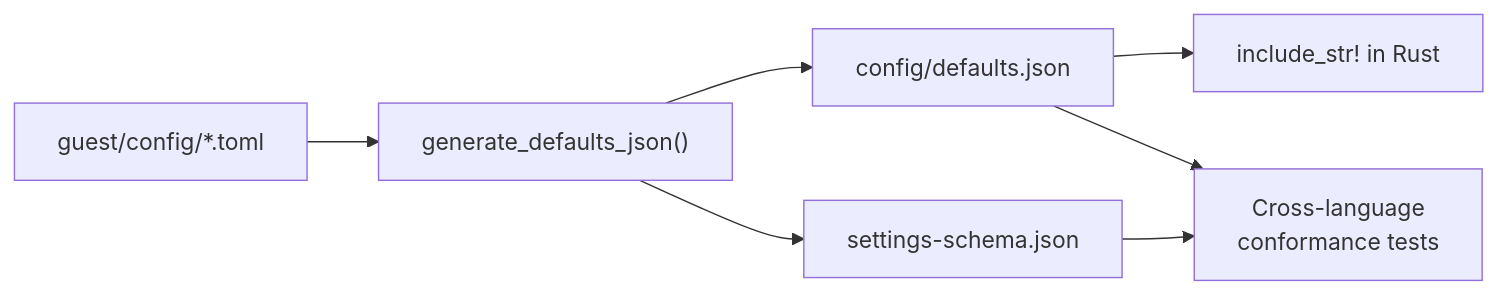
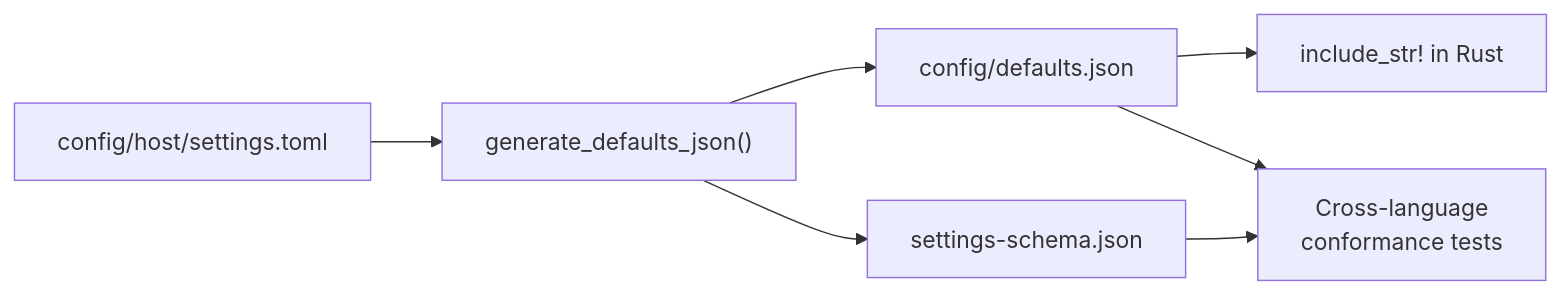
Before and after one commit to google/capsem: the fifth of 5 diagrams in docs/src/content/docs/architecture/build-system.md, drawn with Mermaid. The commit also changed other lines of this file and 19 other files, not shown here.

````diff
--- a/docs/src/content/docs/architecture/build-system.md
+++ b/docs/src/content/docs/architecture/build-system.md
@@ -368,9 +370,9 @@
 ```mermaid
 flowchart LR
-  TOML["guest/config/*.toml"] --> Py["generate_defaults_json()"]
+  TOML["config/host/settings.toml"] --> Py["generate_defaults_json()"]
   Py --> DJ["config/defaults.json"]
   DJ --> Rust["include_str! in Rust"]
   Py --> Schema["settings-schema.json"]
   Schema --> CV["Cross-language\nconformance tests"]
   DJ --> CV
 ```
````
